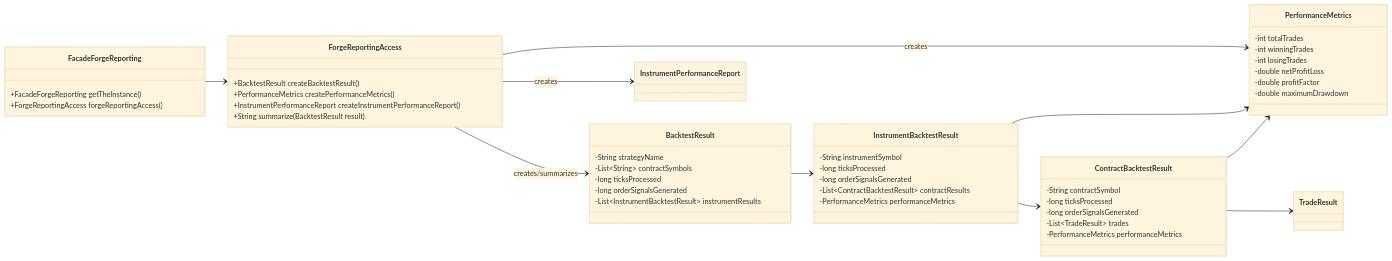
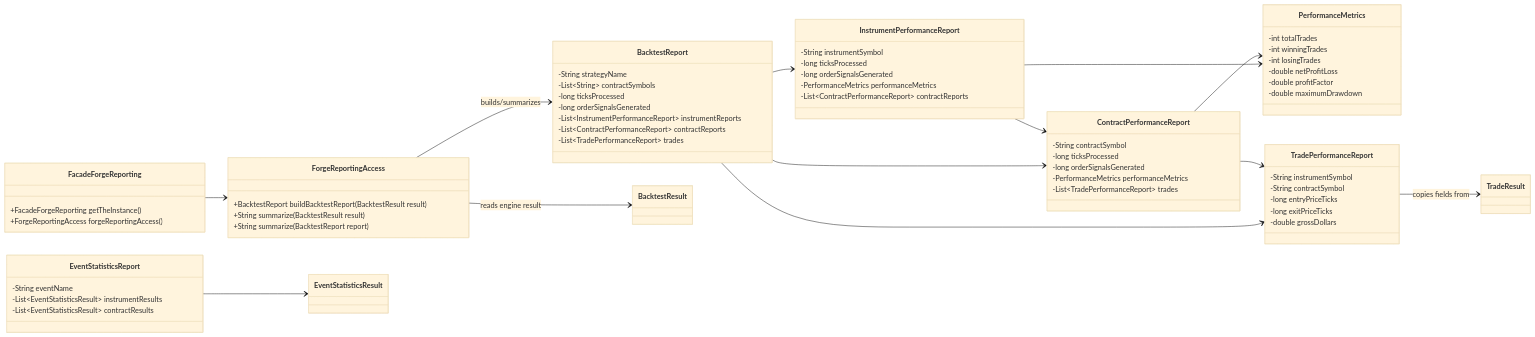
One commit to probst-paul/FORGE changed diagram 18 of 22 in class-model.md. Above: the diagram before and after it, drawn with Mermaid (base theme). The commit also changed other lines of this file and 32 other files, not shown here.

First line of the commit message:
Refactor engine packages and add backtest reports

````diff
--- a/class-model.md
+++ b/class-model.md
@@ -1222,57 +1245,72 @@
 ```mermaid
 classDiagram
     direction LR
 
     class FacadeForgeReporting {
         +FacadeForgeReporting getTheInstance()
         +ForgeReportingAccess forgeReportingAccess()
     }
 
     class ForgeReportingAccess {
-        +BacktestResult createBacktestResult()
-        +PerformanceMetrics createPerformanceMetrics()
-        +InstrumentPerformanceReport createInstrumentPerformanceReport()
+        +BacktestReport buildBacktestReport(BacktestResult result)
         +String summarize(BacktestResult result)
+        +String summarize(BacktestReport report)
     }
 
-    class BacktestResult {
-        -String strategyName
-        -List~String~ contractSymbols
-        -long ticksProcessed
-        -long orderSignalsGenerated
-        -List~InstrumentBacktestResult~ instrumentResults
-    }
-    class InstrumentBacktestResult {
-        -String instrumentSymbol
-        -long ticksProcessed
-        -long orderSignalsGenerated
-        -List~ContractBacktestResult~ contractResults
-        -PerformanceMetrics performanceMetrics
-    }
-    class ContractBacktestResult {
-        -String contractSymbol
-        -long ticksProcessed
-        -long orderSignalsGenerated
-        -List~TradeResult~ trades
-        -PerformanceMetrics performanceMetrics
-    }
     class PerformanceMetrics {
         -int totalTrades
         -int winningTrades
         -int losingTrades
         -double netProfitLoss
         -double profitFactor
         -double maximumDrawdown
     }
-    class InstrumentPerformanceReport
+    class BacktestReport {
+        -String strategyName
+        -List~String~ contractSymbols
+        -long ticksProcessed
+        -long orderSignalsGenerated
+        -List~InstrumentPerformanceReport~ instrumentReports
+        -List~ContractPerformanceReport~ contractReports
+        -List~TradePerformanceReport~ trades
+    }
+    class InstrumentPerformanceReport {
+        -String instrumentSymbol
+        -long ticksProcessed
+        -long orderSignalsGenerated
+        -PerformanceMetrics performanceMetrics
+        -List~ContractPerformanceReport~ contractReports
+    }
+    class ContractPerformanceReport {
+        -String contractSymbol
+        -long ticksProcessed
+        -long orderSignalsGenerated
+        -PerformanceMetrics performanceMetrics
+        -List~TradePerformanceReport~ trades
+    }
+    class TradePerformanceReport {
+        -String instrumentSymbol
+        -String contractSymbol
+        -long entryPriceTicks
+        -long exitPriceTicks
+        -double grossDollars
+    }
+    class EventStatisticsReport {
+        -String eventName
+        -List~EventStatisticsResult~ instrumentResults
+        -List~EventStatisticsResult~ contractResults
+    }
 
     FacadeForgeReporting --> ForgeReportingAccess
-    ForgeReportingAccess --> BacktestResult : creates/summarizes
-    ForgeReportingAccess --> PerformanceMetrics : creates
-    ForgeReportingAccess --> InstrumentPerformanceReport : creates
-    BacktestResult --> InstrumentBacktestResult
-    InstrumentBacktestResult --> ContractBacktestResult
-    InstrumentBacktestResult --> PerformanceMetrics
-    ContractBacktestResult --> PerformanceMetrics
-    ContractBacktestResult --> TradeResult
+    ForgeReportingAccess --> BacktestReport : builds/summarizes
+    ForgeReportingAccess --> BacktestResult : reads engine result
+    BacktestReport --> InstrumentPerformanceReport
+    BacktestReport --> ContractPerformanceReport
+    BacktestReport --> TradePerformanceReport
+    InstrumentPerformanceReport --> ContractPerformanceReport
+    InstrumentPerformanceReport --> PerformanceMetrics
+    ContractPerformanceReport --> TradePerformanceReport
+    ContractPerformanceReport --> PerformanceMetrics
+    TradePerformanceReport --> TradeResult : copies fields from
+    EventStatisticsReport --> EventStatisticsResult
 ```
````
